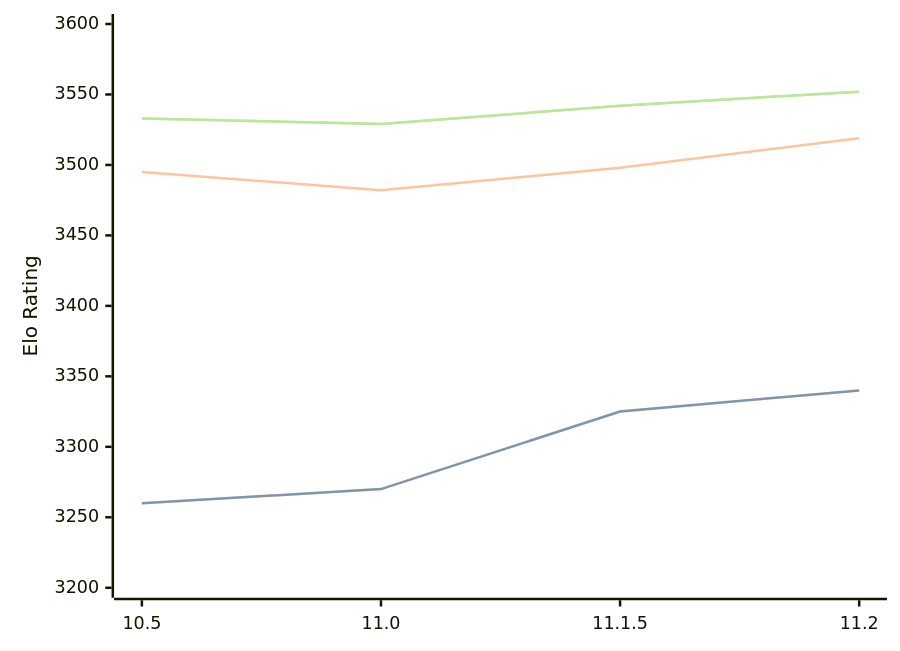
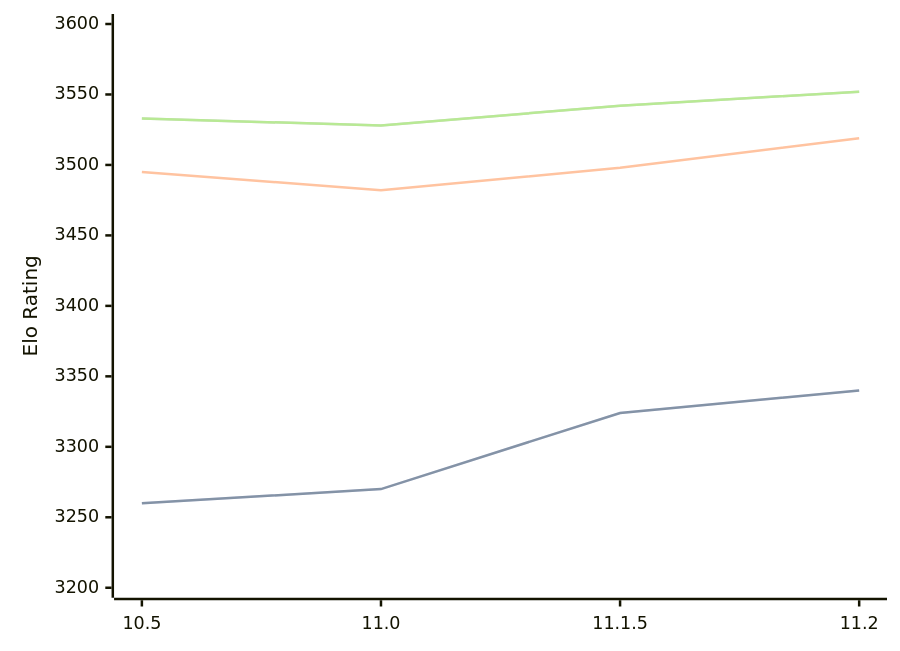
The diagram in engines/Lizard.md (computer-chess-index/cci), drawn with Mermaid before and after one commit. The commit also changed other lines of this file, not shown here.

Commit message:
Update CCI Ratings (ELO VLTC) - 2026-04-21

````diff
--- a/engines/Lizard.md
+++ b/engines/Lizard.md
@@ -46,11 +46,11 @@
 ```mermaid
 %%{init: {"theme":"base","themeVariables":{"seriesColors:['#a3a3a3','#222221','#faa371']}}}%%
 xychart-beta
   x-axis ["10.5", "11.0", "11.1.5", "11.2"]
   y-axis "Elo Rating" 3200 --> 3600
-  line "STC (8.0+0.08s)" [3260, 3270, 3325, 3340]
-  line "STC (8.0+0.08s)" [3260, 3270, 3325, 3340]
+  line "STC (8.0+0.08s)" [3260, 3270, 3324, 3340]
+  line "STC (8.0+0.08s)" [3260, 3270, 3324, 3340]
   line "LTC (60.0+0.60s)" [3495, 3482, 3498, 3519]
-  line "VLTC (2m24s+1.12s)" [3533, 3529, 3542, 3552]
-  line "VLTC (2m24s+1.12s)" [3533, 3529, 3542, 3552]
+  line "VLTC (2m24s+1.12s)" [3533, 3528, 3542, 3552]
+  line "VLTC (2m24s+1.12s)" [3533, 3528, 3542, 3552]
 ```
````
